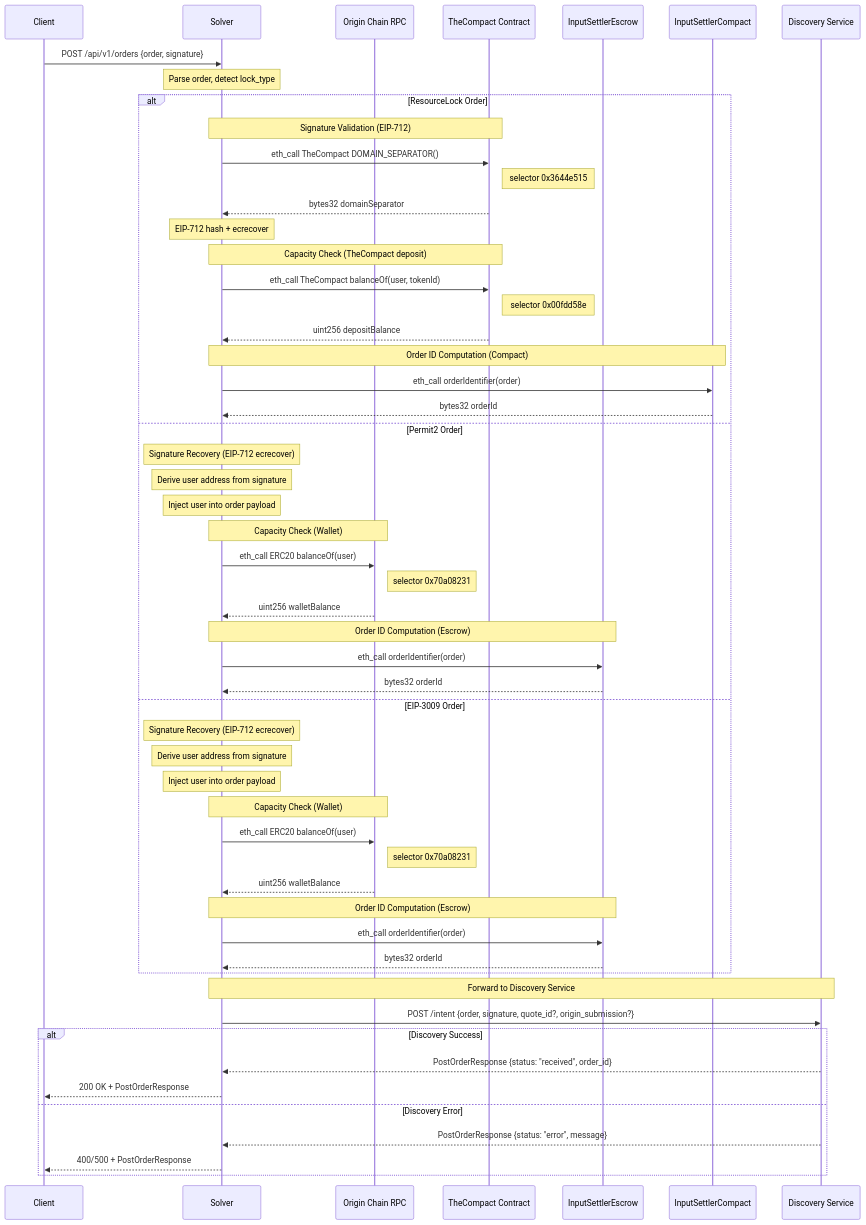
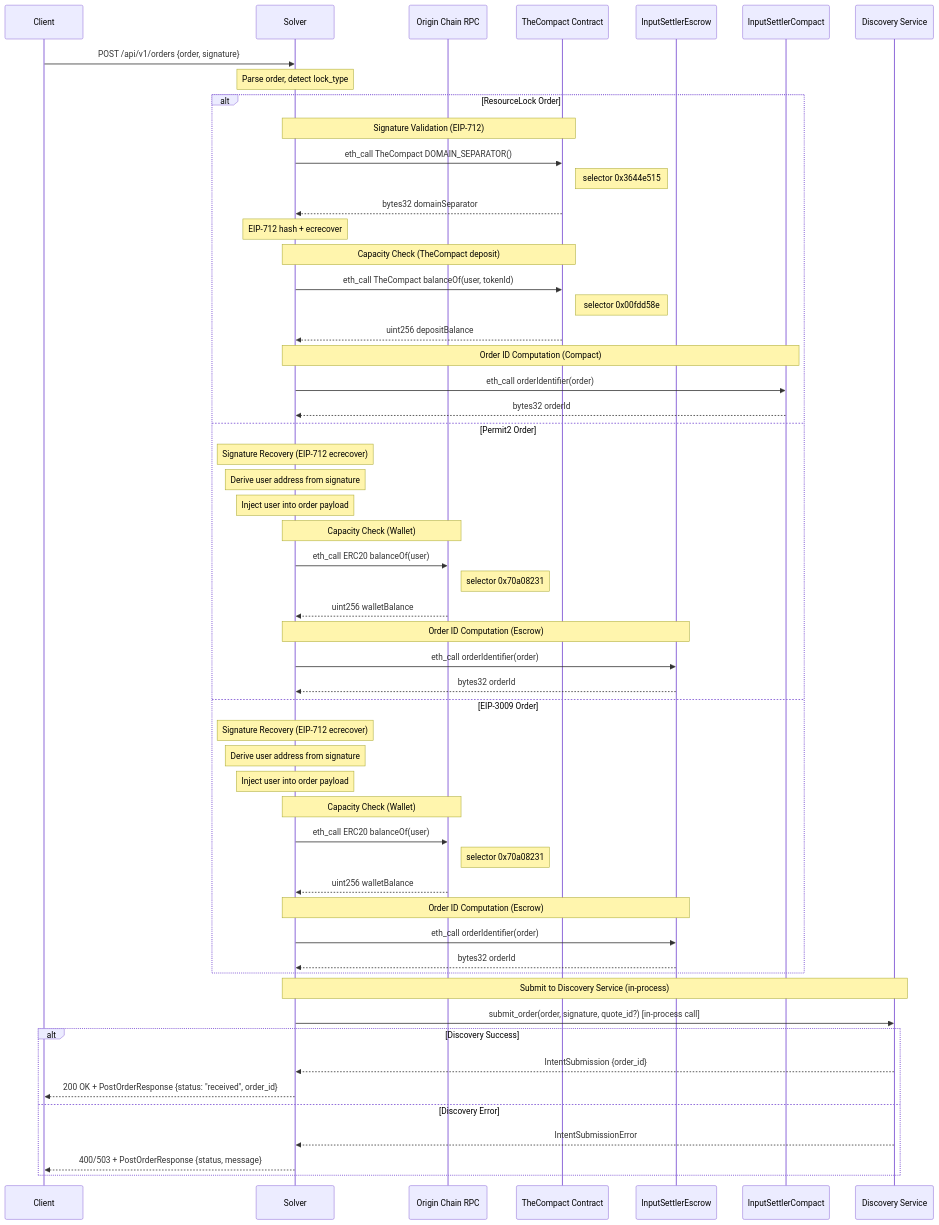
One commit to openintentsframework/oif-solver changed the third of 3 diagrams in README.md. Above: the diagram before and after it, drawn with Mermaid. The commit also changed 13 other files, not shown here.

First line of the commit message:
C04 intent in process (#389)

````diff
--- a/README.md
+++ b/README.md
@@ -808,60 +808,60 @@
 ```mermaid
 sequenceDiagram
     participant Client
     participant Solver
     participant OriginRPC as Origin Chain RPC
     participant TheCompact as TheCompact Contract
     participant SettlerEscrow as InputSettlerEscrow
     participant SettlerCompact as InputSettlerCompact
     participant Discovery as Discovery Service
 
     Client->>Solver: POST /api/v1/orders {order, signature}
     Note over Solver: Parse order, detect lock_type
 
     alt ResourceLock Order
         Note over Solver,TheCompact: Signature Validation (EIP-712)
         Solver->>TheCompact: eth_call TheCompact DOMAIN_SEPARATOR()
         Note right of TheCompact: selector 0x3644e515
         TheCompact-->>Solver: bytes32 domainSeparator
         Note over Solver: EIP-712 hash + ecrecover
         Note over Solver,TheCompact: Capacity Check (TheCompact deposit)
         Solver->>TheCompact: eth_call TheCompact balanceOf(user, tokenId)
         Note right of TheCompact: selector 0x00fdd58e
         TheCompact-->>Solver: uint256 depositBalance
         Note over Solver,SettlerCompact: Order ID Computation (Compact)
         Solver->>SettlerCompact: eth_call orderIdentifier(order)
         SettlerCompact-->>Solver: bytes32 orderId
     else Permit2 Order
         Note over Solver: Signature Recovery (EIP-712 ecrecover)
         Note over Solver: Derive user address from signature
         Note over Solver: Inject user into order payload
         Note over Solver,OriginRPC: Capacity Check (Wallet)
         Solver->>OriginRPC: eth_call ERC20 balanceOf(user)
         Note right of OriginRPC: selector 0x70a08231
         OriginRPC-->>Solver: uint256 walletBalance
         Note over Solver,SettlerEscrow: Order ID Computation (Escrow)
         Solver->>SettlerEscrow: eth_call orderIdentifier(order)
         SettlerEscrow-->>Solver: bytes32 orderId
     else EIP-3009 Order
         Note over Solver: Signature Recovery (EIP-712 ecrecover)
         Note over Solver: Derive user address from signature
         Note over Solver: Inject user into order payload
         Note over Solver,OriginRPC: Capacity Check (Wallet)
         Solver->>OriginRPC: eth_call ERC20 balanceOf(user)
         Note right of OriginRPC: selector 0x70a08231
         OriginRPC-->>Solver: uint256 walletBalance
         Note over Solver,SettlerEscrow: Order ID Computation (Escrow)
         Solver->>SettlerEscrow: eth_call orderIdentifier(order)
         SettlerEscrow-->>Solver: bytes32 orderId
     end
 
-    Note over Solver,Discovery: Forward to Discovery Service
-    Solver->>Discovery: POST /intent {order, signature, quote_id?, origin_submission?}
+    Note over Solver,Discovery: Submit to Discovery Service (in-process)
+    Solver->>Discovery: submit_order(order, signature, quote_id?) [in-process call]
     alt Discovery Success
-        Discovery-->>Solver: PostOrderResponse {status: "received", order_id}
-        Solver-->>Client: 200 OK + PostOrderResponse
+        Discovery-->>Solver: IntentSubmission {order_id}
+        Solver-->>Client: 200 OK + PostOrderResponse {status: "received", order_id}
     else Discovery Error
-        Discovery-->>Solver: PostOrderResponse {status: "error", message}
-        Solver-->>Client: 400/500 + PostOrderResponse
+        Discovery-->>Solver: IntentSubmissionError
+        Solver-->>Client: 400/503 + PostOrderResponse {status, message}
     end
 ```
````
